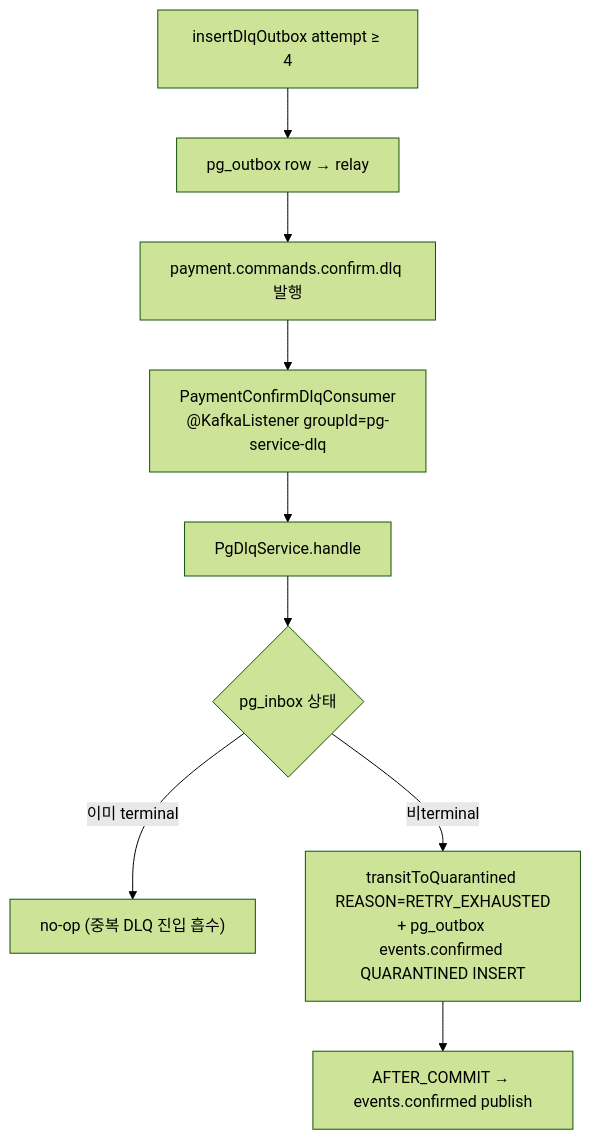
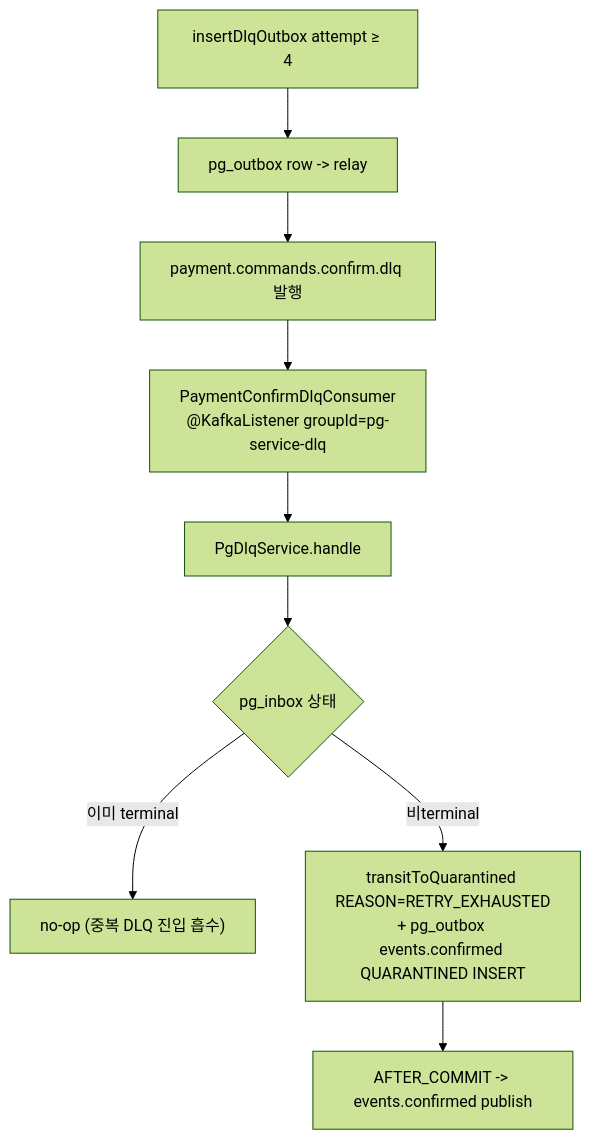
The tenth of 10 diagrams in docs/context/PAYMENT-FLOW.md (hyoguoo/payment-platform), drawn with Mermaid (forest theme) before and after one commit. The commit also changed other lines of this file and 3 other files, not shown here.

First line of the commit message:
docs: 결제 흐름 문서 다이어그램 표기 정리

````diff
--- a/docs/context/PAYMENT-FLOW.md
+++ b/docs/context/PAYMENT-FLOW.md
@@ -356,11 +356,11 @@
 ```mermaid
 flowchart TD
-    DLQ_OUT["insertDlqOutbox attempt ≥ 4"] --> DLQ_RELAY["pg_outbox row → relay"]
+    DLQ_OUT["insertDlqOutbox attempt ≥ 4"] --> DLQ_RELAY["pg_outbox row -> relay"]
     DLQ_RELAY --> DLQ_TOPIC["payment.commands.confirm.dlq 발행"]
     DLQ_TOPIC --> DLQ_CONS["PaymentConfirmDlqConsumer<br/>@KafkaListener groupId=pg-service-dlq"]
     DLQ_CONS --> DLQ_SVC["PgDlqService.handle"]
     DLQ_SVC --> DLQ_GUARD{"pg_inbox 상태"}
     DLQ_GUARD -->|"이미 terminal"| DLQ_NOOP["no-op (중복 DLQ 진입 흡수)"]
     DLQ_GUARD -->|"비terminal"| DLQ_TRAN["transitToQuarantined REASON=RETRY_EXHAUSTED<br/>+ pg_outbox events.confirmed QUARANTINED INSERT"]
-    DLQ_TRAN --> DLQ_END["AFTER_COMMIT → events.confirmed publish"]
+    DLQ_TRAN --> DLQ_END["AFTER_COMMIT -> events.confirmed publish"]
 ```
````
